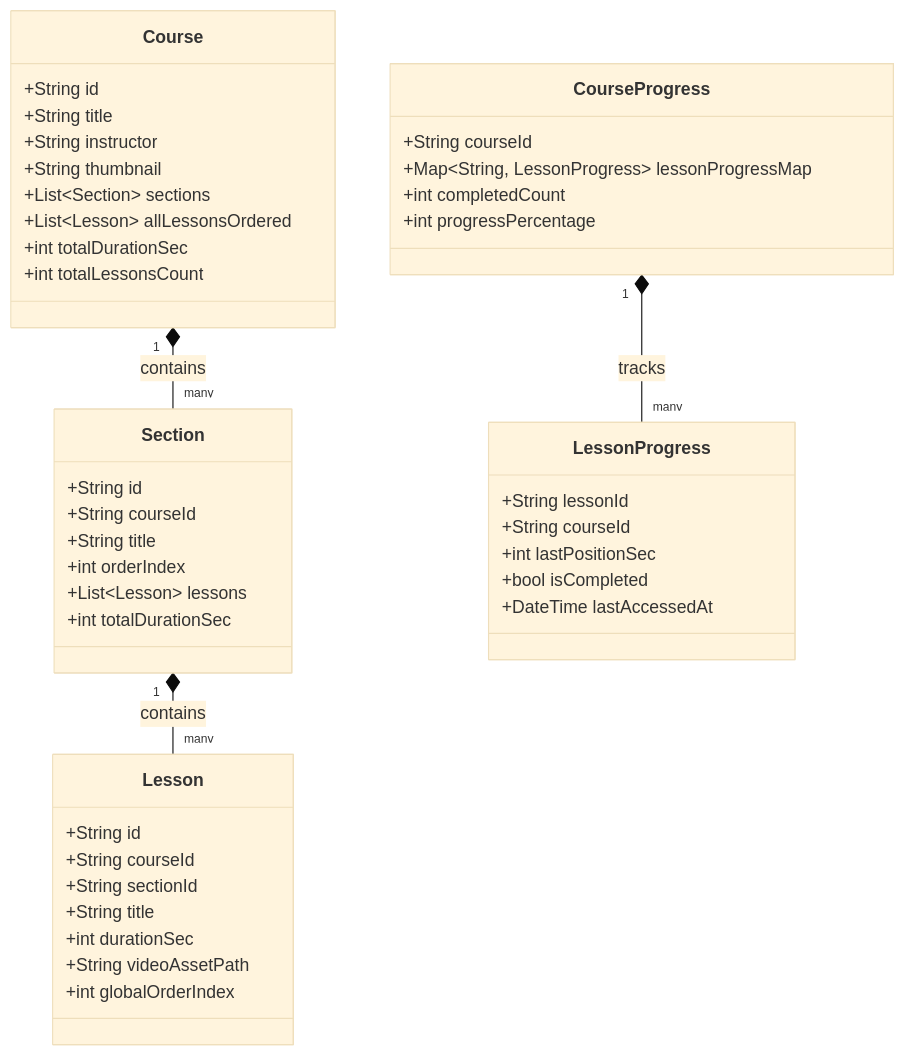
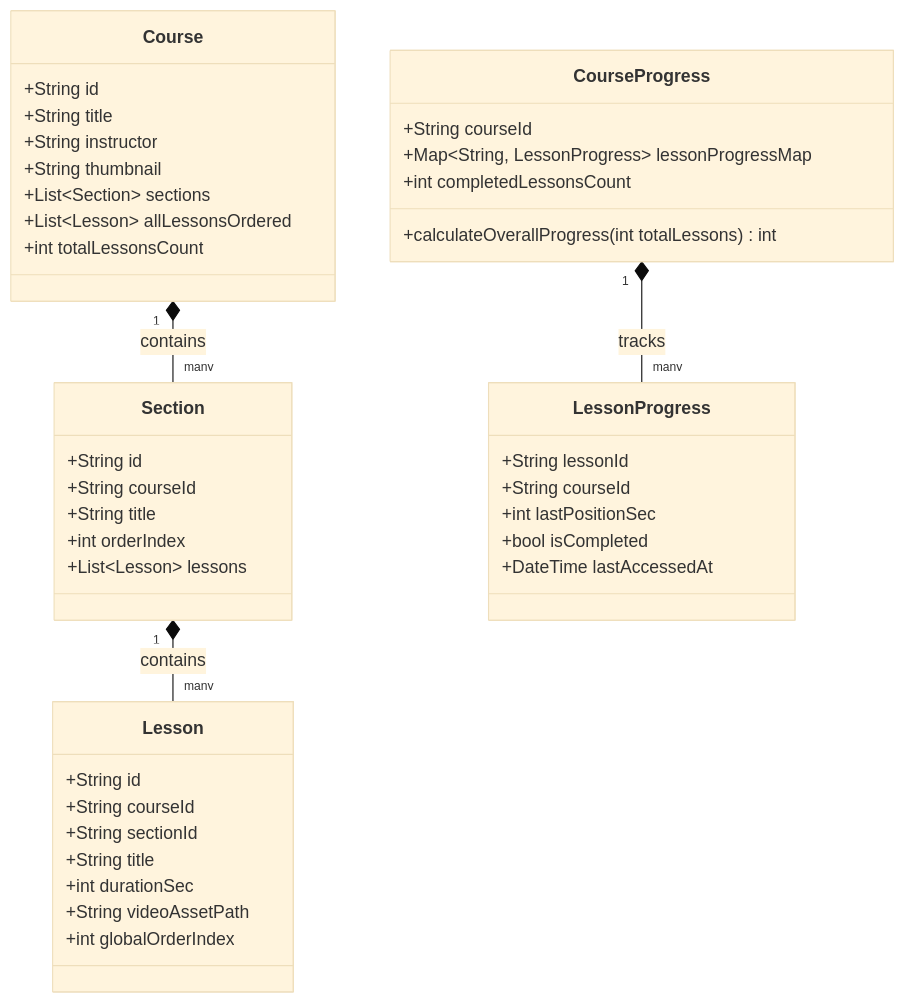
One commit to axah710/thaheen_lms changed the first of 6 diagrams in docs/general/system-flows.md. Above: the diagram before and after it, drawn with Mermaid (base theme). The commit also changed other lines of this file and 19 other files, not shown here.

````diff
--- a/docs/general/system-flows.md
+++ b/docs/general/system-flows.md
@@ -9,51 +9,49 @@
 ```mermaid
 classDiagram
     class Course {
         +String id
         +String title
         +String instructor
         +String thumbnail
         +List~Section~ sections
         +List~Lesson~ allLessonsOrdered
-        +int totalDurationSec
         +int totalLessonsCount
     }
 
     class Section {
         +String id
         +String courseId
         +String title
         +int orderIndex
         +List~Lesson~ lessons
-        +int totalDurationSec
     }
 
     class Lesson {
         +String id
         +String courseId
         +String sectionId
         +String title
         +int durationSec
         +String videoAssetPath
         +int globalOrderIndex
     }
 
     class CourseProgress {
         +String courseId
         +Map~String, LessonProgress~ lessonProgressMap
-        +int completedCount
-        +int progressPercentage
+        +int completedLessonsCount
+        +calculateOverallProgress(int totalLessons) int
     }
 
     class LessonProgress {
         +String lessonId
         +String courseId
         +int lastPositionSec
         +bool isCompleted
         +DateTime lastAccessedAt
     }
 
     Course "1" *-- "many" Section : contains
     Section "1" *-- "many" Lesson : contains
     CourseProgress "1" *-- "many" LessonProgress : tracks
 ```
````
